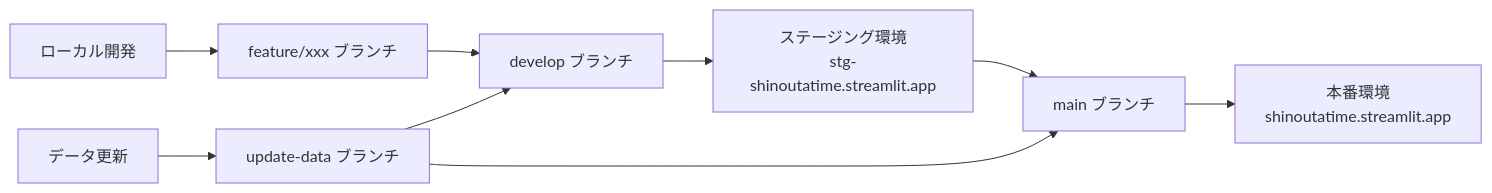
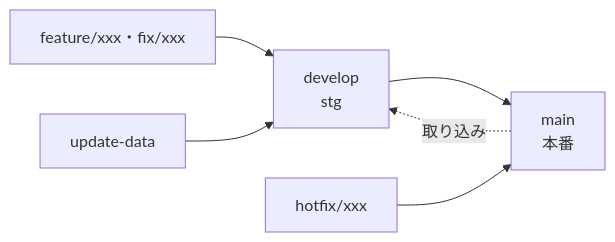
Before and after one commit to kajuen-kajuen/shinoutatime-streamlit: the diagram in docs/development/BRANCH_STRATEGY.md, drawn with Mermaid. The commit also changed other lines of this file and 4 other files, not shown here.

````diff
--- a/docs/development/BRANCH_STRATEGY.md
+++ b/docs/development/BRANCH_STRATEGY.md
@@ -16,12 +24,8 @@
 ```mermaid
 graph LR
-    A[ローカル開発] --> B[feature/xxx ブランチ]
-    B --> C[develop ブランチ]
-    C --> D[ステージング環境<br/>stg-shinoutatime.streamlit.app]
-    D --> E[main ブランチ]
-    E --> F[本番環境<br/>shinoutatime.streamlit.app]
-    
-    G[データ更新] --> H[update-data ブランチ]
-    H --> C
-    H --> E
+    F[feature/xxx・fix/xxx] --> D[develop<br/>stg]
+    U[update-data] --> D
+    D --> M[main<br/>本番]
+    H[hotfix/xxx] --> M
+    M -.取り込み.-> D
 ```
````
